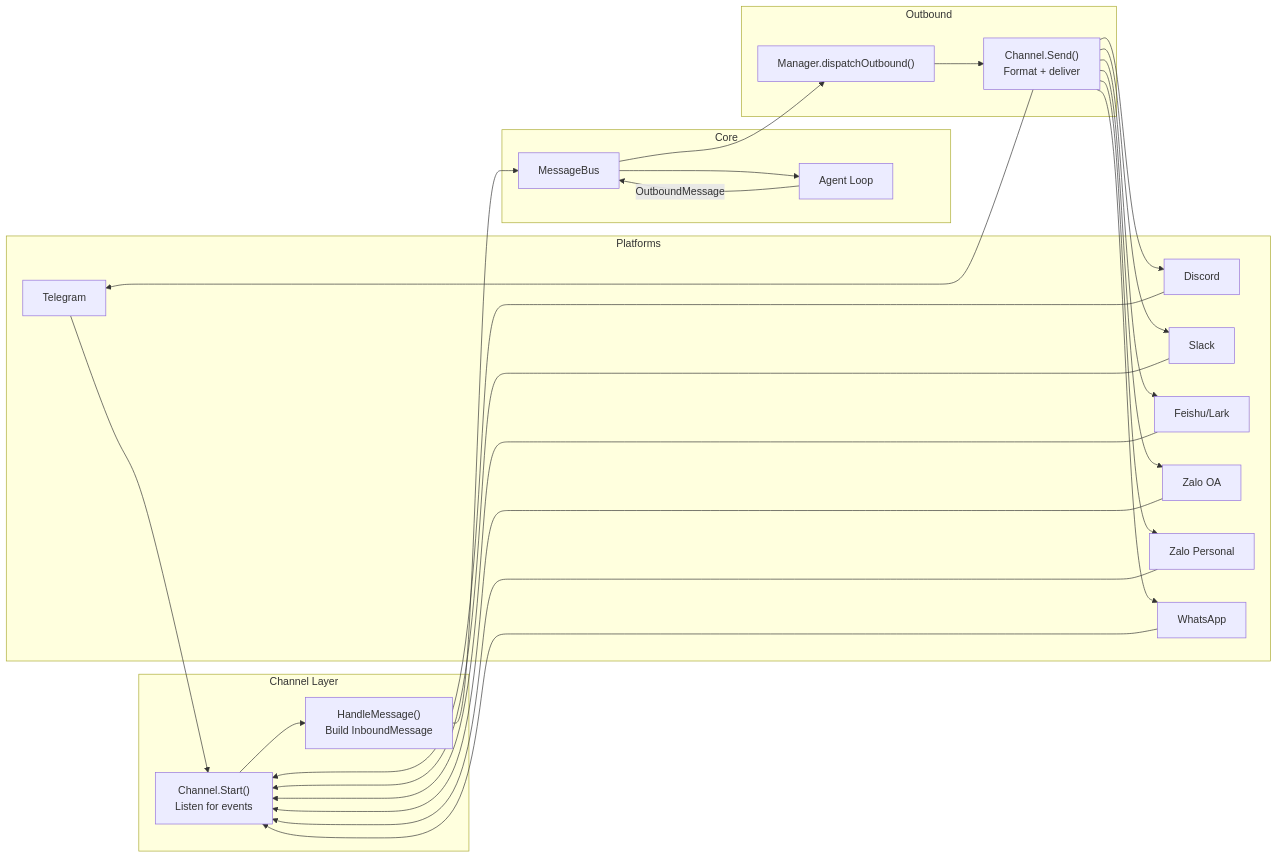
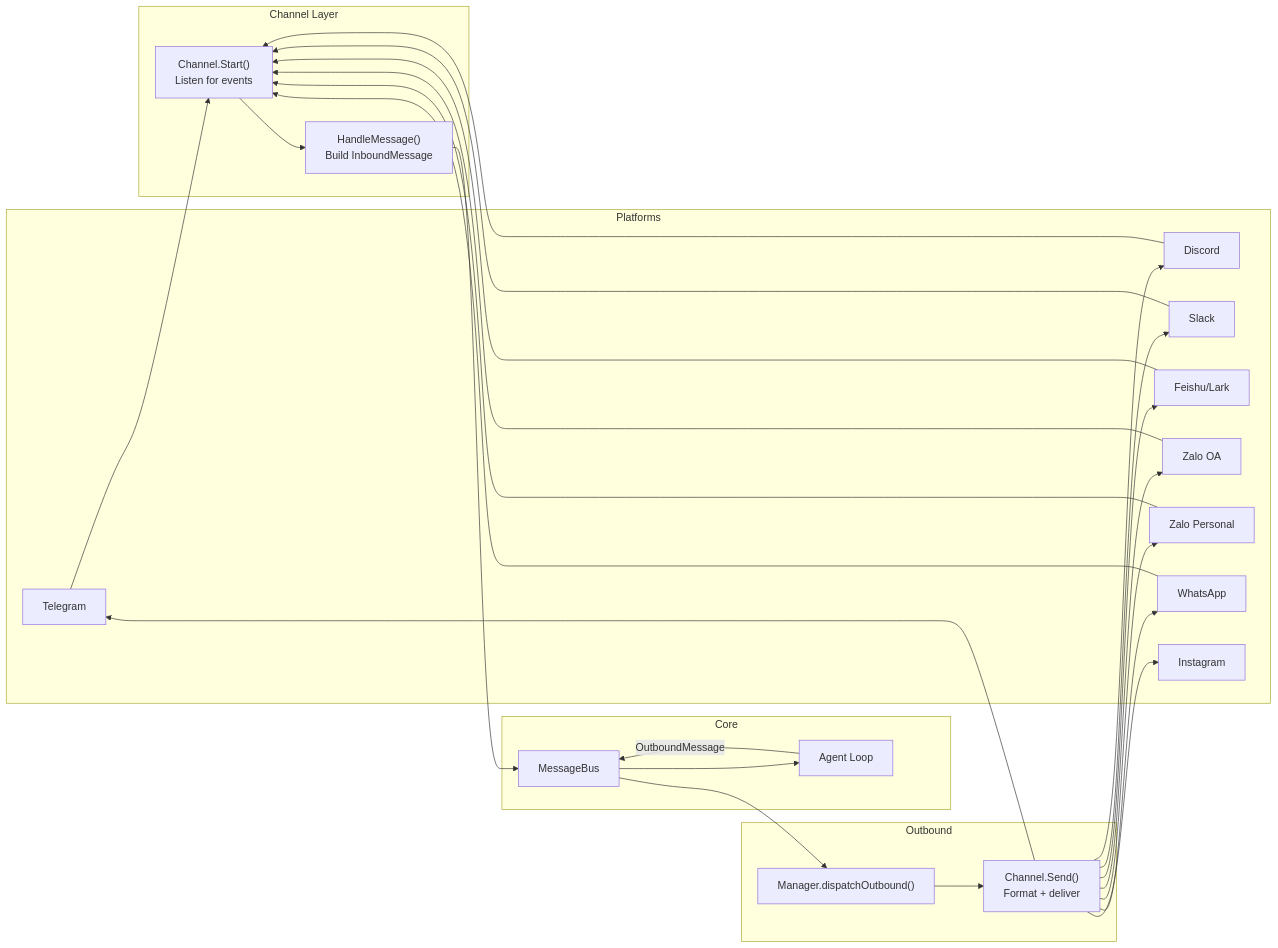
Before and after one commit to nextlevelbuilder/goclaw: the first of 10 diagrams in docs/05-channels-messaging.md, drawn with Mermaid. The commit also changed other lines of this file and 18 other files, not shown here.

````diff
--- a/docs/05-channels-messaging.md
+++ b/docs/05-channels-messaging.md
@@ -9,48 +9,50 @@
 ```mermaid
 flowchart LR
     subgraph Platforms
         TG["Telegram"]
         DC["Discord"]
         SL["Slack"]
         FS["Feishu/Lark"]
         ZL["Zalo OA"]
         ZLP["Zalo Personal"]
         WA["WhatsApp"]
+        IG["Instagram"]
     end
 
     subgraph "Channel Layer"
         CH["Channel.Start()<br/>Listen for events"]
         HM["HandleMessage()<br/>Build InboundMessage"]
     end
 
     subgraph Core
         BUS["MessageBus"]
         AGENT["Agent Loop"]
     end
 
     subgraph Outbound
         DISPATCH["Manager.dispatchOutbound()"]
         SEND["Channel.Send()<br/>Format + deliver"]
     end
 
     TG --> CH
     DC --> CH
     SL --> CH
     FS --> CH
     ZL --> CH
     ZLP --> CH
     WA --> CH
     CH --> HM
     HM --> BUS
     BUS --> AGENT
     AGENT -->|OutboundMessage| BUS
     BUS --> DISPATCH
     DISPATCH --> SEND
     SEND --> TG
     SEND --> DC
     SEND --> SL
     SEND --> FS
     SEND --> ZL
     SEND --> ZLP
     SEND --> WA
+    SEND --> IG
 ```
````
